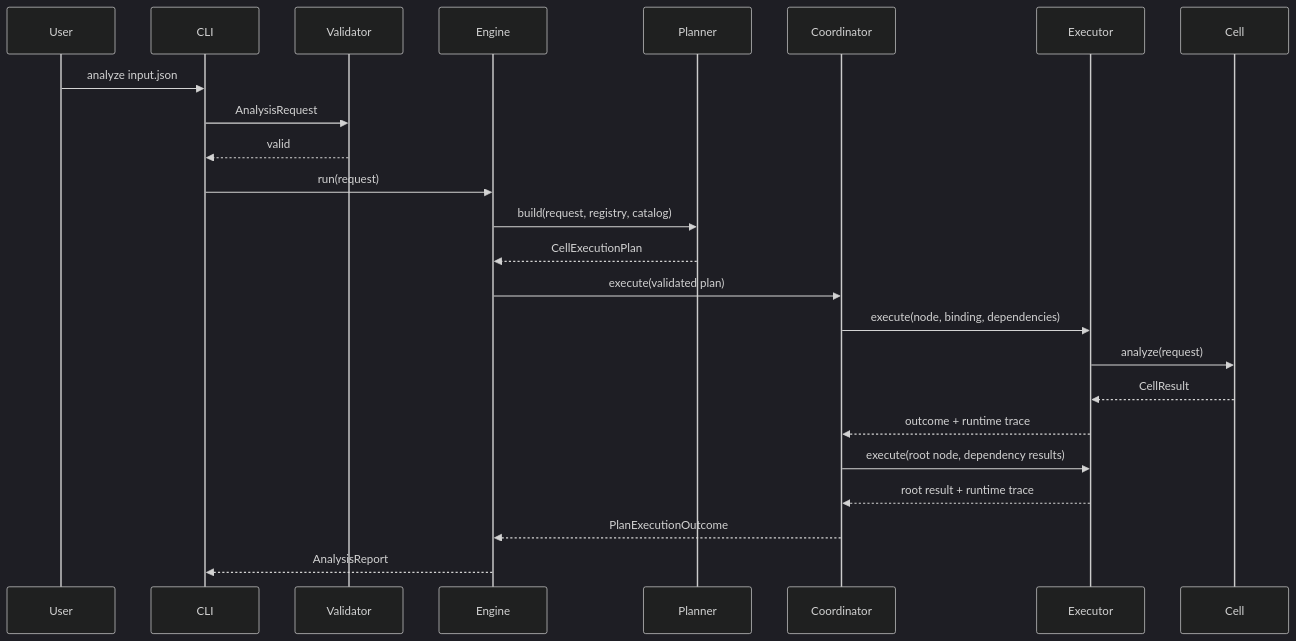
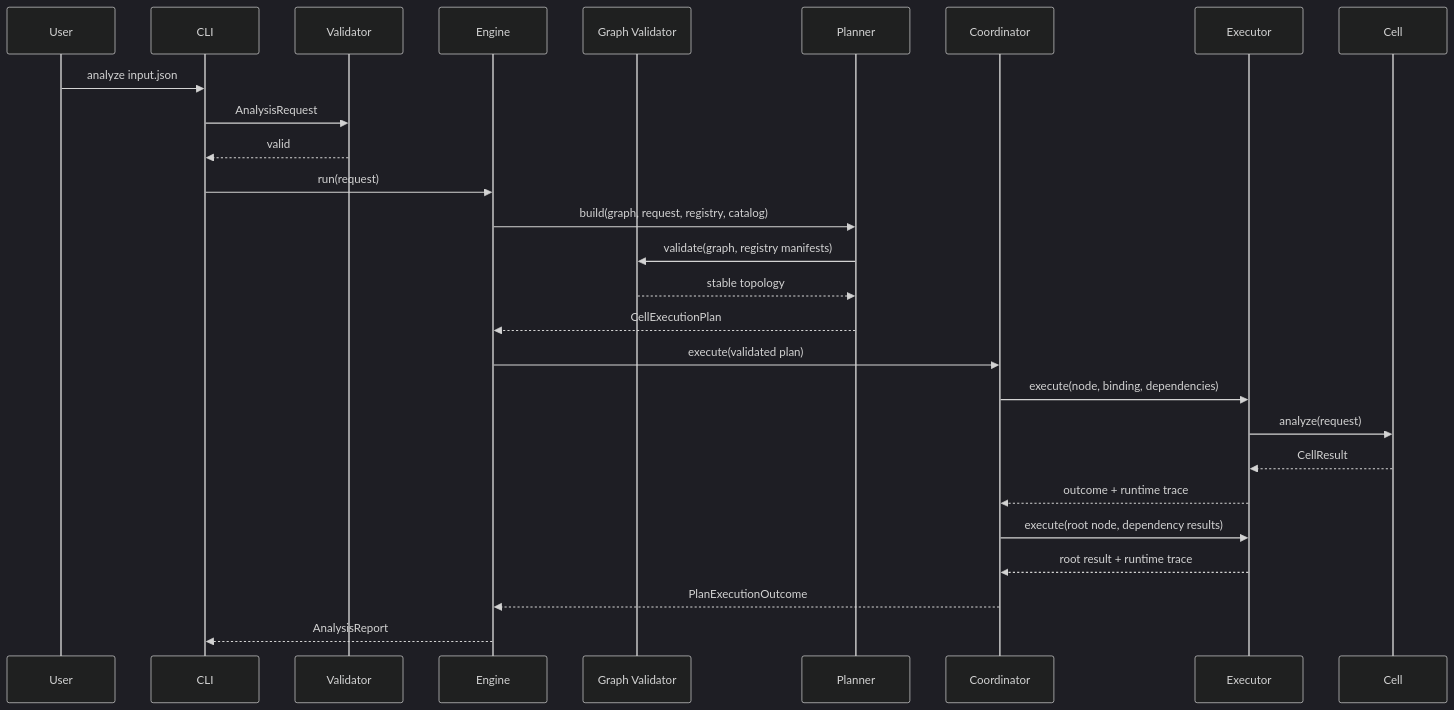
Before and after one commit to ModWU/market-cell: the second of 2 diagrams in docs/backend_design.md, drawn with Mermaid (dark theme). The commit also changed other lines of this file and 38 other files, not shown here.

Commit message:
Add versioned Cell graph definitions

````diff
--- a/docs/backend_design.md
+++ b/docs/backend_design.md
@@ -74,26 +76,29 @@
 ```mermaid
 sequenceDiagram
     participant U as User
     participant CLI as CLI
     participant V as Validator
     participant E as Engine
+    participant G as Graph Validator
     participant P as Planner
     participant O as Coordinator
     participant X as Executor
     participant C as Cell
     U->>CLI: analyze input.json
     CLI->>V: AnalysisRequest
     V-->>CLI: valid
     CLI->>E: run(request)
-    E->>P: build(request, registry, catalog)
+    E->>P: build(graph, request, registry, catalog)
+    P->>G: validate(graph, registry manifests)
+    G-->>P: stable topology
     P-->>E: CellExecutionPlan
     E->>O: execute(validated plan)
     O->>X: execute(node, binding, dependencies)
     X->>C: analyze(request)
     C-->>X: CellResult
     X-->>O: outcome + runtime trace
     O->>X: execute(root node, dependency results)
     X-->>O: root result + runtime trace
     O-->>E: PlanExecutionOutcome
     E-->>CLI: AnalysisReport
 ```
````
